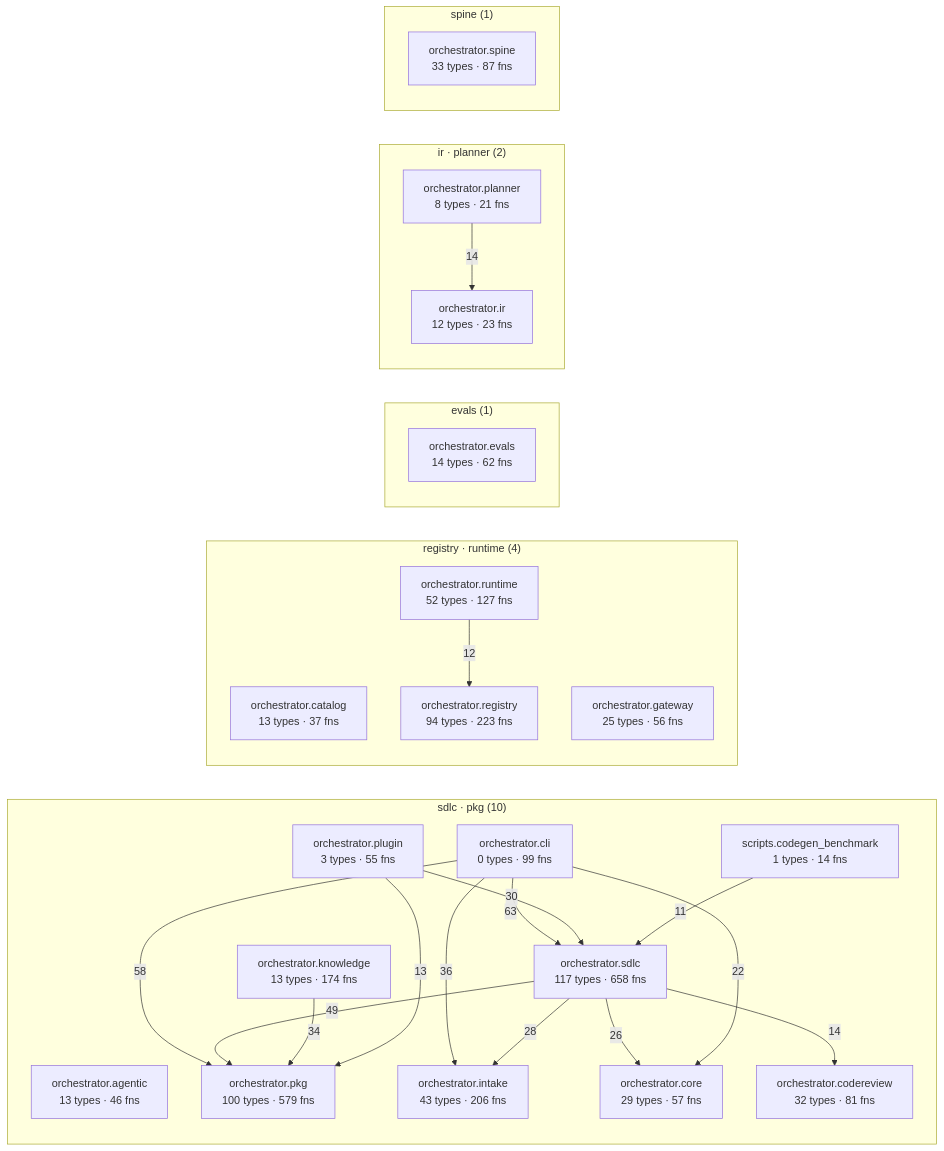
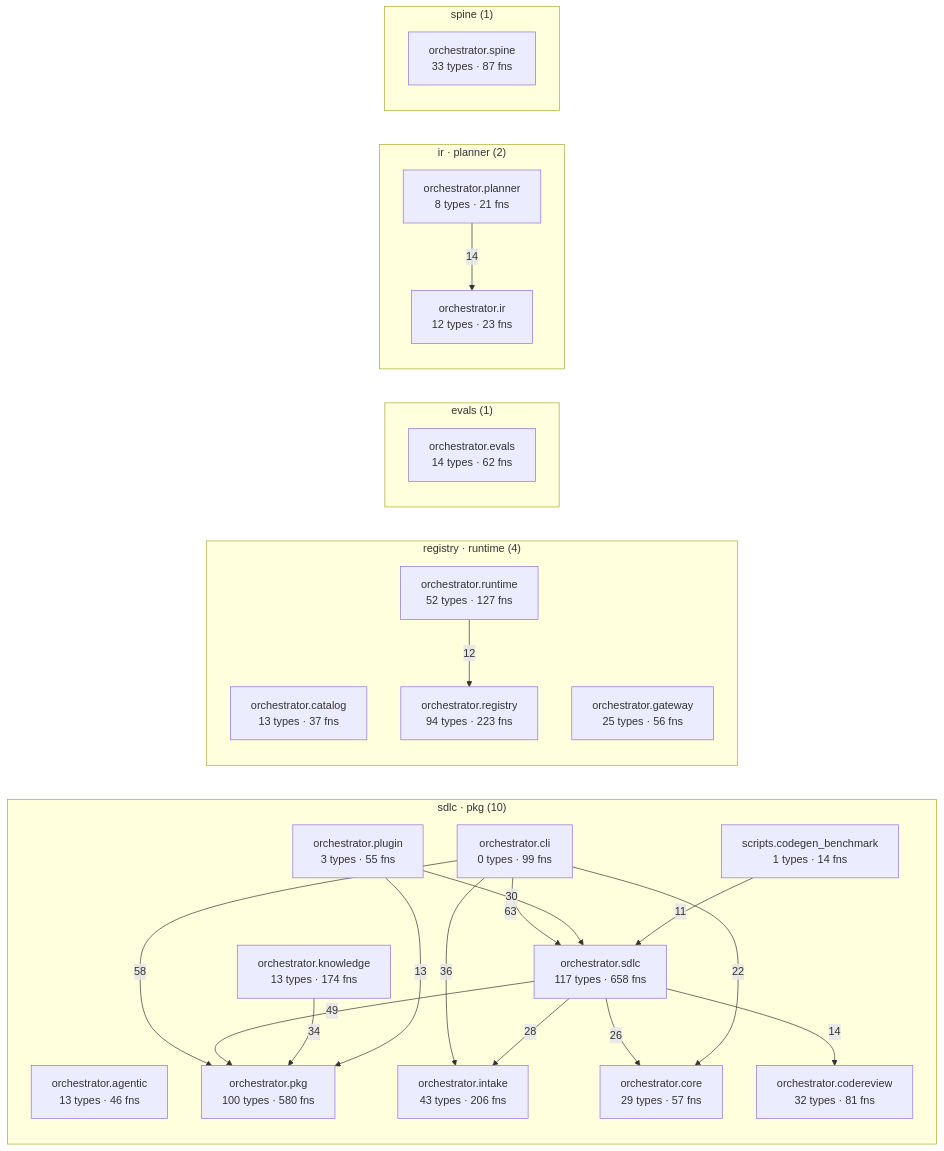
The diagram in episteme/architecture.md (synaptixs/spine), drawn with Mermaid before and after one commit. The commit also changed other lines of this file and 11 other files, not shown here.

````diff
--- a/episteme/architecture.md
+++ b/episteme/architecture.md
@@ -54,45 +54,45 @@
 ```mermaid
 flowchart LR
   subgraph c_1["sdlc · pkg (10)"]
     aorchestratoragentic["orchestrator.agentic<br/>13 types · 46 fns"]
     aorchestratorcli["orchestrator.cli<br/>0 types · 99 fns"]
     aorchestratorcodereview["orchestrator.codereview<br/>32 types · 81 fns"]
     aorchestratorcore["orchestrator.core<br/>29 types · 57 fns"]
     aorchestratorintake["orchestrator.intake<br/>43 types · 206 fns"]
     aorchestratorknowledge["orchestrator.knowledge<br/>13 types · 174 fns"]
-    aorchestratorpkg["orchestrator.pkg<br/>100 types · 579 fns"]
+    aorchestratorpkg["orchestrator.pkg<br/>100 types · 580 fns"]
     aorchestratorplugin["orchestrator.plugin<br/>3 types · 55 fns"]
     aorchestratorsdlc["orchestrator.sdlc<br/>117 types · 658 fns"]
     ascriptscodegenbenchmark["scripts.codegen_benchmark<br/>1 types · 14 fns"]
   end
   subgraph c_3["registry · runtime (4)"]
     aorchestratorcatalog["orchestrator.catalog<br/>13 types · 37 fns"]
     aorchestratorgateway["orchestrator.gateway<br/>25 types · 56 fns"]
     aorchestratorregistry["orchestrator.registry<br/>94 types · 223 fns"]
     aorchestratorruntime["orchestrator.runtime<br/>52 types · 127 fns"]
   end
   subgraph c_5["evals (1)"]
     aorchestratorevals["orchestrator.evals<br/>14 types · 62 fns"]
   end
   subgraph c_7["ir · planner (2)"]
     aorchestratorir["orchestrator.ir<br/>12 types · 23 fns"]
     aorchestratorplanner["orchestrator.planner<br/>8 types · 21 fns"]
   end
   subgraph c_10["spine (1)"]
     aorchestratorspine["orchestrator.spine<br/>33 types · 87 fns"]
   end
   aorchestratorcli -->|63| aorchestratorsdlc
   aorchestratorcli -->|58| aorchestratorpkg
   aorchestratorsdlc -->|49| aorchestratorpkg
   aorchestratorcli -->|36| aorchestratorintake
   aorchestratorknowledge -->|34| aorchestratorpkg
   aorchestratorplugin -->|30| aorchestratorsdlc
   aorchestratorsdlc -->|28| aorchestratorintake
   aorchestratorsdlc -->|26| aorchestratorcore
   aorchestratorcli -->|22| aorchestratorcore
   aorchestratorplanner -->|14| aorchestratorir
   aorchestratorsdlc -->|14| aorchestratorcodereview
   aorchestratorplugin -->|13| aorchestratorpkg
   aorchestratorruntime -->|12| aorchestratorregistry
   ascriptscodegenbenchmark -->|11| aorchestratorsdlc
 ```
````
